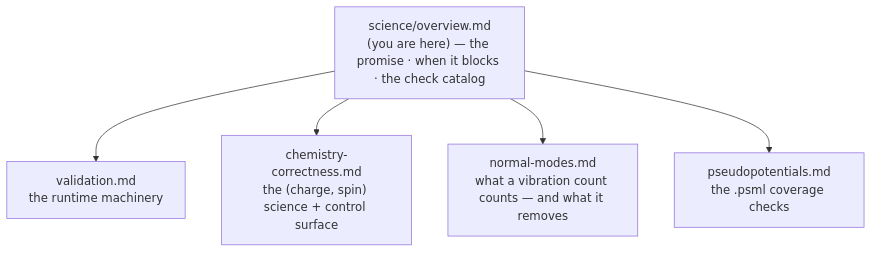
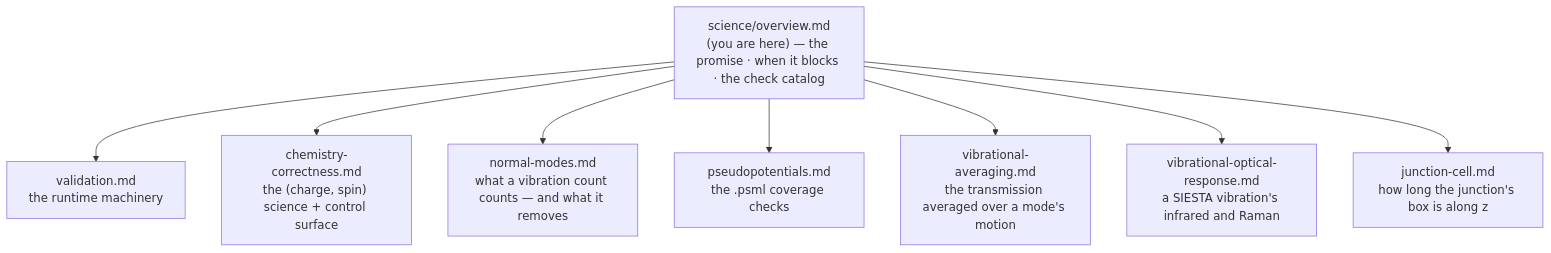
The first of 3 diagrams in docs/science/overview.md (Qing-LAB/molbuilder), drawn with Mermaid before and after one commit. The commit also changed other lines of this file and 10 other files, not shown here.

````diff
--- a/docs/science/overview.md
+++ b/docs/science/overview.md
@@ -26,12 +26,18 @@
 ```mermaid
 flowchart TD
     O["science/overview.md<br/>(you are here) — the promise · when it blocks · the check catalog"]
     V["validation.md<br/>the runtime machinery"]
     C["chemistry-correctness.md<br/>the (charge, spin) science + control surface"]
     N["normal-modes.md<br/>what a vibration count counts — and what it removes"]
+    A["vibrational-averaging.md<br/>the transmission averaged over a mode's motion"]
+    R["vibrational-optical-response.md<br/>a SIESTA vibration's infrared and Raman"]
     P["pseudopotentials.md<br/>the .psml coverage checks"]
+    J["junction-cell.md<br/>how long the junction's box is along z"]
     O --> V
     O --> C
     O --> N
     O --> P
+    O --> A
+    O --> R
+    O --> J
 ```
````
